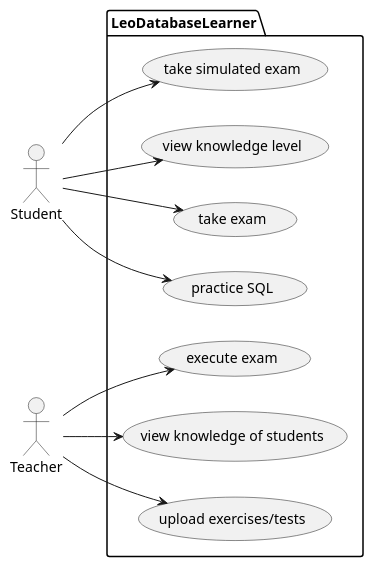
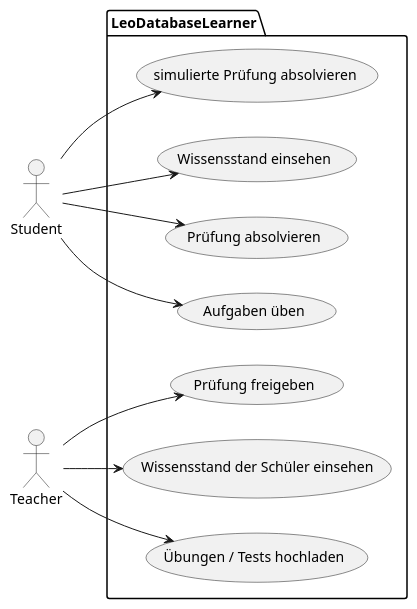
Before and after one commit to Primetzvan/LeoDatabaseLearner: the first of 2 diagrams in asciidocs/pflichtenheft.adoc, drawn with PlantUML. The commit also changed other lines of this file, not shown here.

```diff
--- a/asciidocs/pflichtenheft.adoc
+++ b/asciidocs/pflichtenheft.adoc
@@ -29,26 +43,26 @@
 [plantuml]
 ----
 @startuml
 left to right direction
 actor Student as s
 actor Teacher as t
 
 package LeoDatabaseLearner {
-  usecase "practice SQL" as UC1
-  usecase "take simulated exam" as UC2
-  usecase "view knowledge level" as UC3
-  usecase "execute exam" as UC4
-  usecase "take exam" as UC5
-  usecase "upload exercises/tests" as UC6
-  usecase "view knowledge of students" as UC7
+  usecase "Aufgaben üben" as UC1
+  usecase "simulierte Prüfung absolvieren" as UC2
+  usecase "Wissensstand einsehen" as UC3
+  usecase "Prüfung freigeben" as UC4
+  usecase "Prüfung absolvieren" as UC5
+  usecase "Übungen / Tests hochladen" as UC6
+  usecase "Wissensstand der Schüler einsehen" as UC7
 }
 s --> UC1
 s --> UC2
 s --> UC3
 s --> UC5
 
 t --> UC4
 t --> UC6
 t --> UC7
 @enduml
 ----
```
